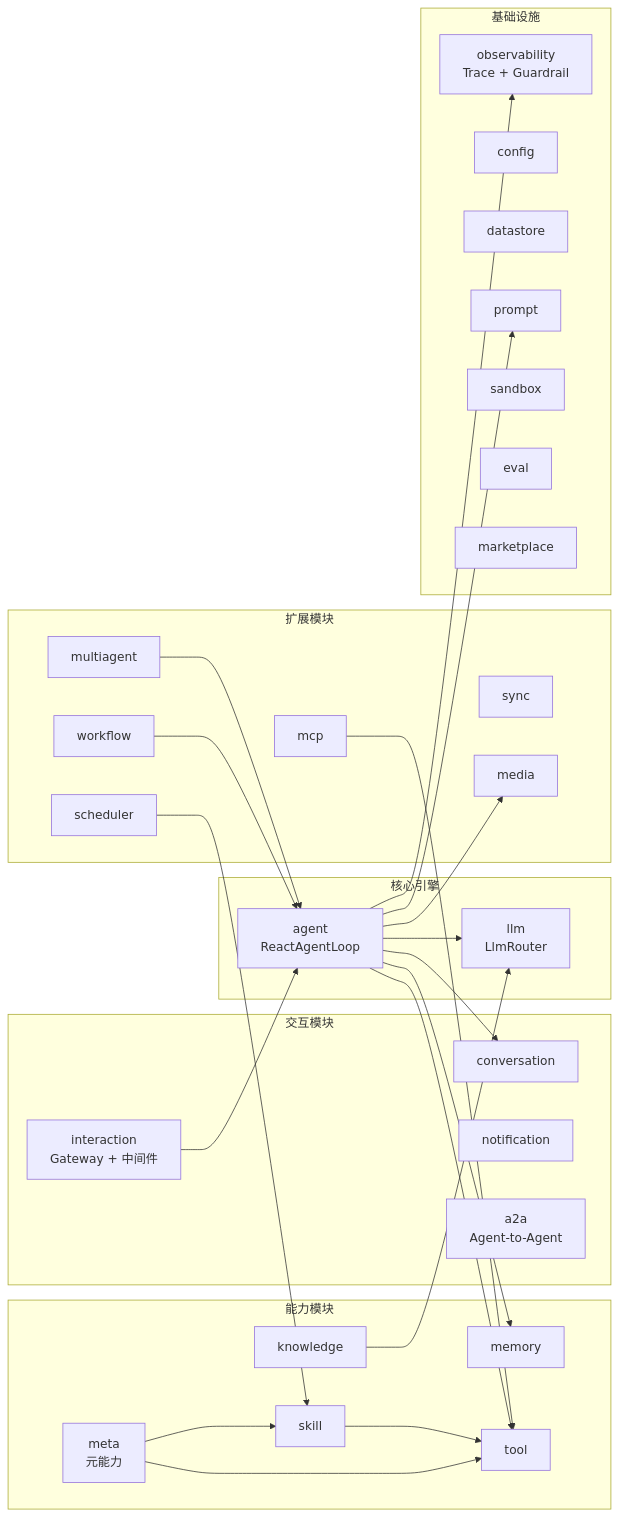
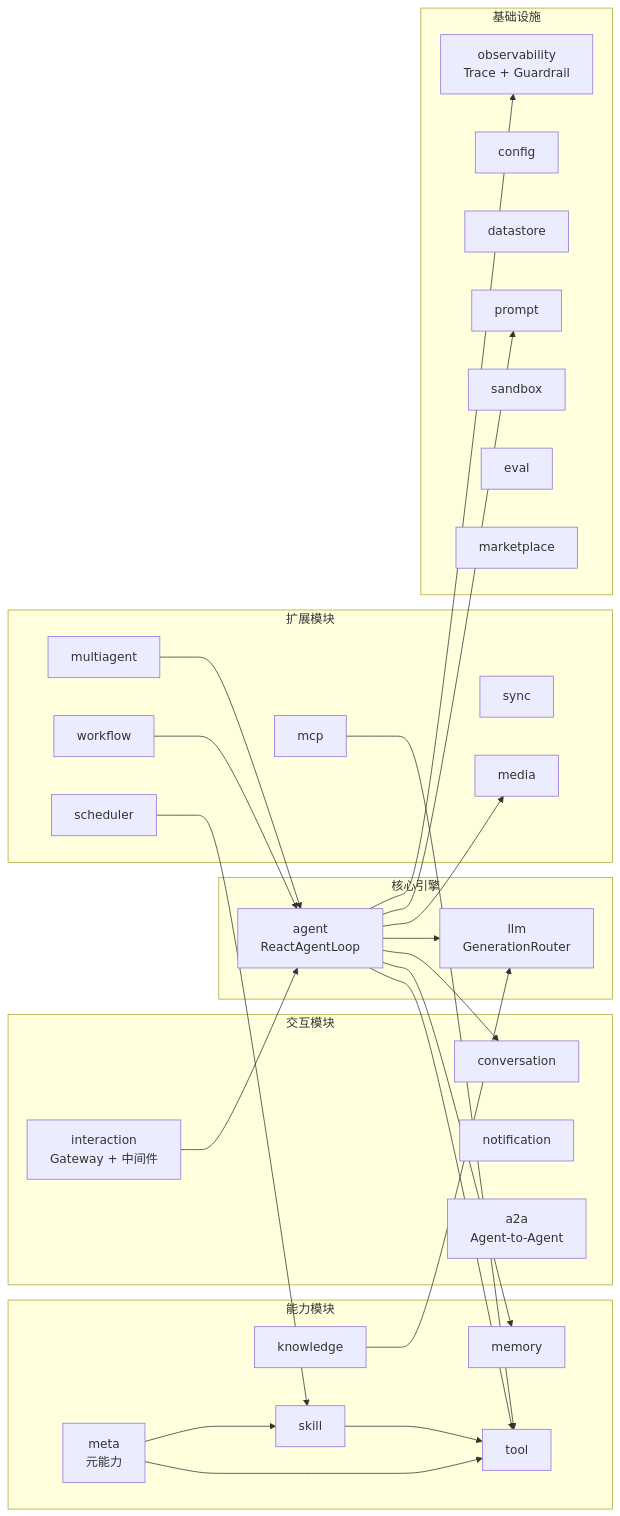
The second of 35 diagrams in ARCHITECTURE-DIAGRAMS.md (ntygod/LifePilot), drawn with Mermaid before and after one commit. The commit also changed other lines of this file and 46 other files, not shown here.

````diff
--- a/ARCHITECTURE-DIAGRAMS.md
+++ b/ARCHITECTURE-DIAGRAMS.md
@@ -113,59 +112,59 @@
 ```mermaid
 graph LR
     subgraph "核心引擎"
         agent[agent<br/>ReactAgentLoop]
-        llm[llm<br/>LlmRouter]
+        llm[llm<br/>GenerationRouter]
     end
 
     subgraph "能力模块"
         memory[memory]
         skill[skill]
         tool[tool]
         knowledge[knowledge]
         meta[meta<br/>元能力]
     end
 
     subgraph "交互模块"
         interaction[interaction<br/>Gateway + 中间件]
         conversation[conversation]
         notification[notification]
         a2a[a2a<br/>Agent-to-Agent]
     end
 
     subgraph "扩展模块"
         workflow[workflow]
         multiagent[multiagent]
         mcp[mcp]
         scheduler[scheduler]
         sync[sync]
         media[media]
     end
 
     subgraph "基础设施"
         observability[observability<br/>Trace + Guardrail]
         config[config]
         datastore[datastore]
         prompt[prompt]
         sandbox[sandbox]
         eval[eval]
         marketplace[marketplace]
     end
 
     agent --> llm
     agent --> memory
     agent --> tool
     agent --> observability
     agent --> conversation
     agent --> prompt
     agent --> media
 
     interaction --> agent
     skill --> tool
     meta --> tool
     meta --> skill
     knowledge --> llm
     mcp --> tool
     multiagent --> agent
     workflow --> agent
     scheduler --> skill
 ```
````
